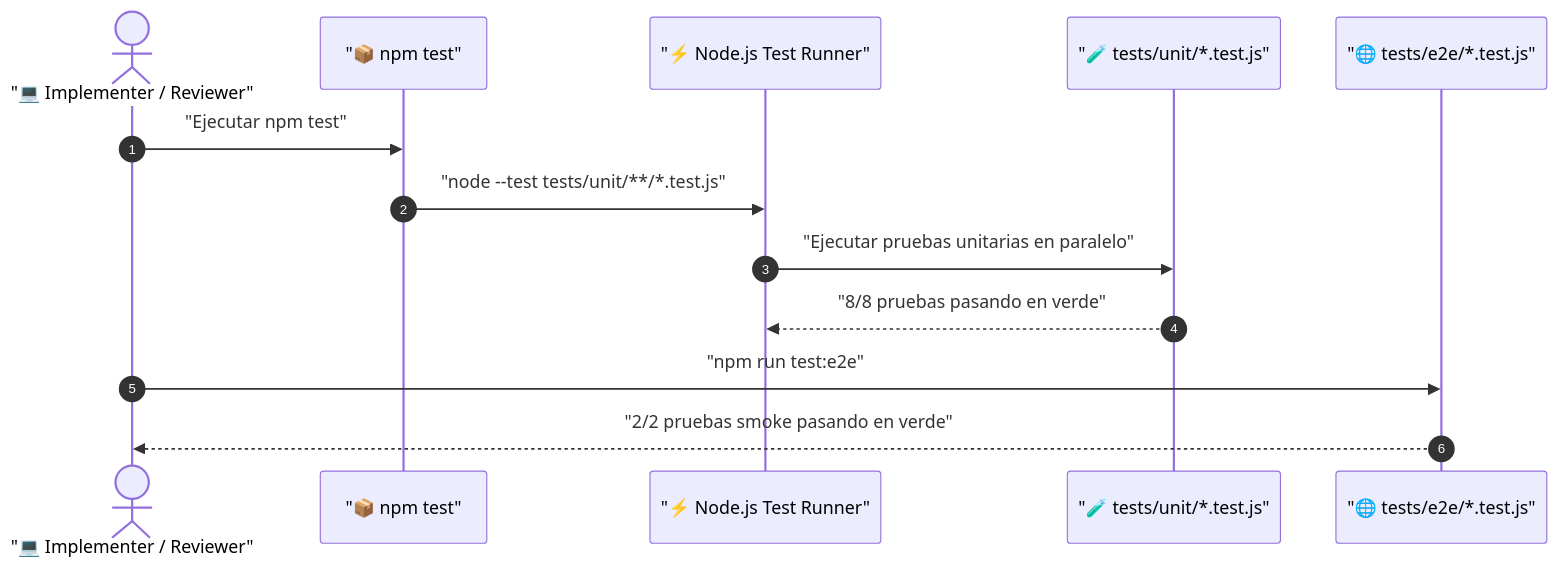
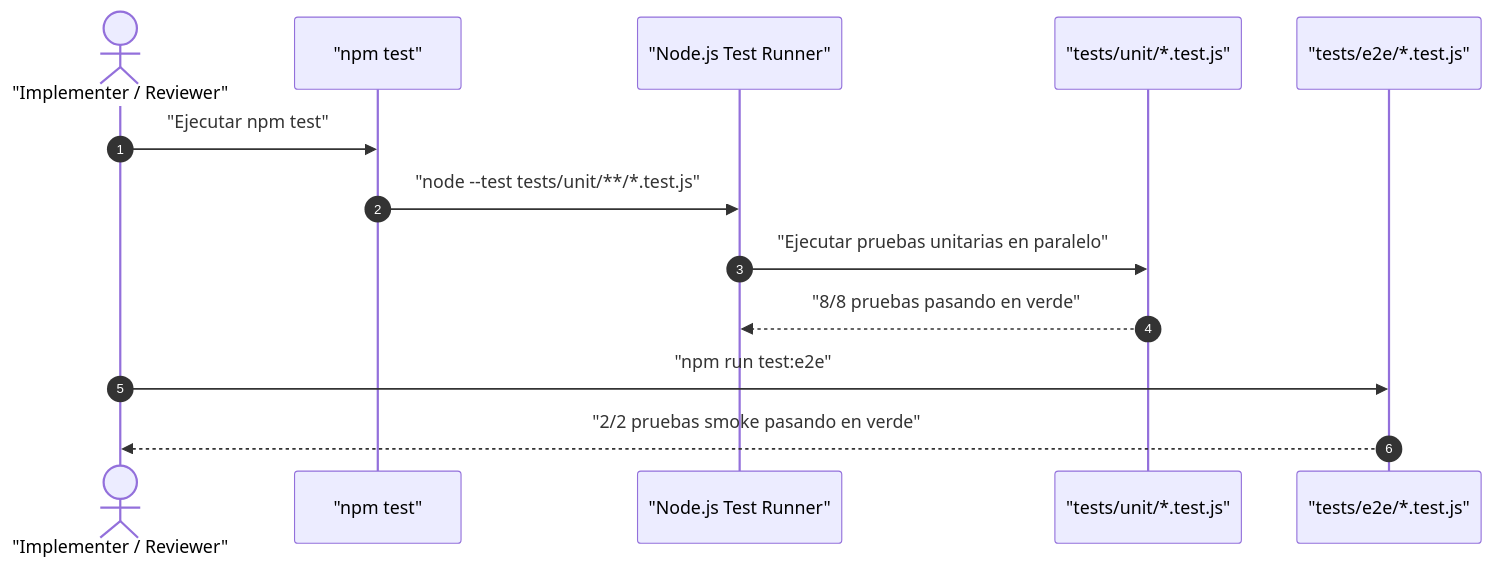
One commit to Nayid4/ContextForge changed the diagram in project-docs/knowledge/modules/testing-qa-suite/sequence.md. Above: the diagram before and after it, drawn with Mermaid. The commit also changed 32 other files, not shown here.

````diff
--- a/project-docs/knowledge/modules/testing-qa-suite/sequence.md
+++ b/project-docs/knowledge/modules/testing-qa-suite/sequence.md
@@ -3,16 +3,16 @@
 ```mermaid
 sequenceDiagram
   autonumber
-  actor Runner as "💻 Implementer / Reviewer"
-  participant NPM as "📦 npm test"
-  participant RunnerNative as "⚡ Node.js Test Runner"
-  participant UnitTests as "🧪 tests/unit/*.test.js"
-  participant SmokeTests as "🌐 tests/e2e/*.test.js"
+  actor Runner as "Implementer / Reviewer"
+  participant NPM as "npm test"
+  participant RunnerNative as "Node.js Test Runner"
+  participant UnitTests as "tests/unit/*.test.js"
+  participant SmokeTests as "tests/e2e/*.test.js"
 
   Runner->>NPM: "Ejecutar npm test"
   NPM->>RunnerNative: "node --test tests/unit/**/*.test.js"
   RunnerNative->>UnitTests: "Ejecutar pruebas unitarias en paralelo"
   UnitTests-->>RunnerNative: "8/8 pruebas pasando en verde"
   Runner->>SmokeTests: "npm run test:e2e"
   SmokeTests-->>Runner: "2/2 pruebas smoke pasando en verde"
 ```
````
